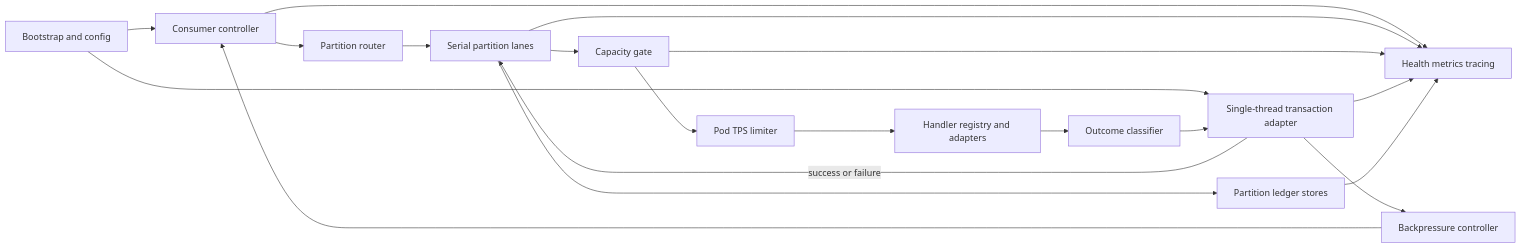
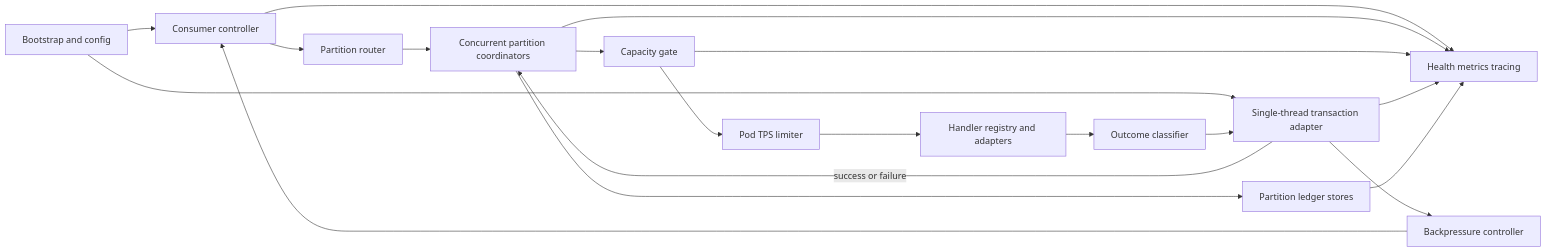
One commit to spakai/job_scheduling_simulation changed the third of 9 diagrams in specs/007-vertx-kafka-pull-worker/arc42.md. Above: the diagram before and after it, drawn with Mermaid. The commit also changed other lines of this file and 2 other files, not shown here.

Commit message:
Revise spec 007 for concurrent partition processing and safe commits

````diff
--- a/specs/007-vertx-kafka-pull-worker/arc42.md
+++ b/specs/007-vertx-kafka-pull-worker/arc42.md
@@ -184,28 +185,28 @@
 ```mermaid
 flowchart LR
     boot["Bootstrap and config"]
     consumer["Consumer controller"]
     router["Partition router"]
-    lanes["Serial partition lanes"]
+    lanes["Concurrent partition coordinators"]
     capacity["Capacity gate"]
     limiter["Pod TPS limiter"]
     handlers["Handler registry and adapters"]
     classifier["Outcome classifier"]
     tx["Single-thread transaction adapter"]
     state["Partition ledger stores"]
     pressure["Backpressure controller"]
     telemetry["Health metrics tracing"]
 
     boot --> consumer
     boot --> tx
     consumer --> router --> lanes
     lanes --> state
     lanes --> capacity --> limiter --> handlers --> classifier --> tx
     tx -->|"success or failure"| lanes
     tx --> pressure --> consumer
     consumer --> telemetry
     lanes --> telemetry
     capacity --> telemetry
     tx --> telemetry
     state --> telemetry
 ```
````
